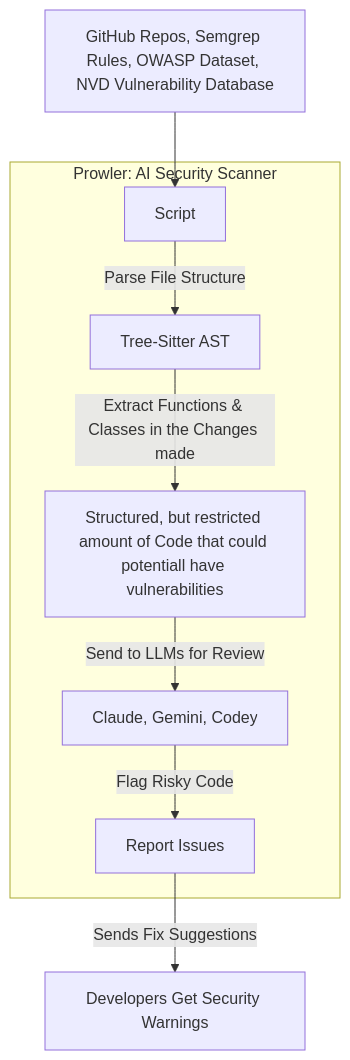
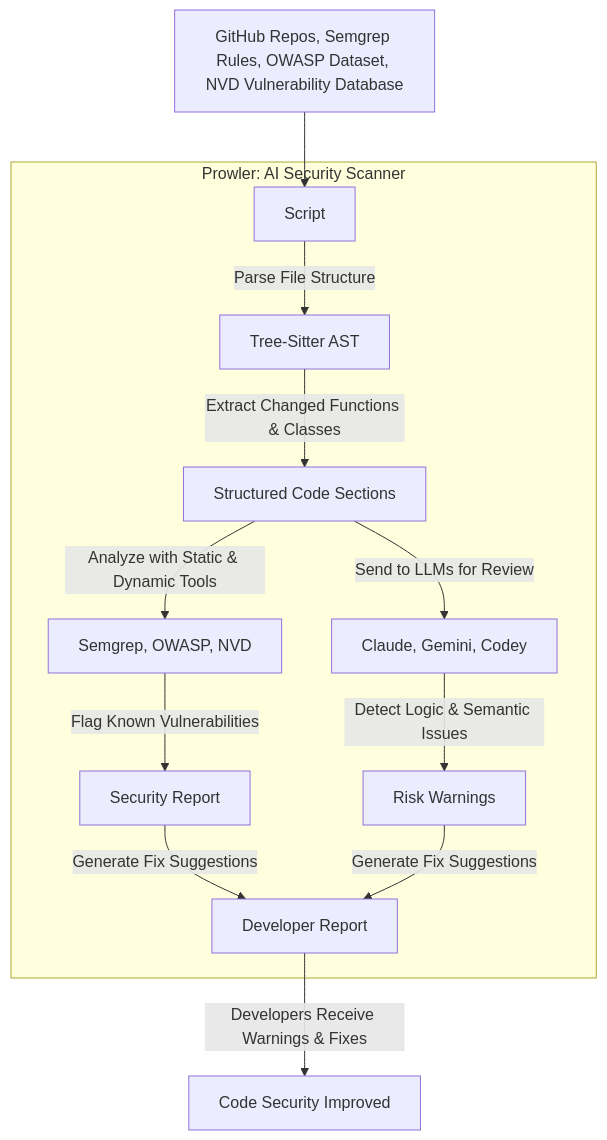
One commit to unfortunatelygeek/percy changed the second of 6 diagrams in README.md. Above: the diagram before and after it, drawn with Mermaid. The commit also changed other lines of this file, not shown here.

Commit message:
chore: fixed up diagrams of individual components to better illustrate the solution.

````diff
--- a/README.md
+++ b/README.md
@@ -34,13 +34,16 @@
 ```mermaid
 graph TD;
     subgraph Prowler: AI Security Scanner
         A1[Script] -->|Parse File Structure| D[Tree-Sitter AST]
-        D -->|Extract Functions & Classes in the Changes made| A2[Structured, but restricted amount of Code that could potentiall have vulnerabilities]
-        A2 -->|Send to LLMs for Review| B[Claude, Gemini, Codey]
-        B -->|Flag Risky Code| C[Report Issues]
+        D -->|Extract Changed Functions & Classes| A2[Structured Code Sections]
+        A2 -->|Analyze with Static & Dynamic Tools| B1[Semgrep, OWASP, NVD]
+        A2 -->|Send to LLMs for Review| B2[Claude, Gemini, Codey]
+        B1 -->|Flag Known Vulnerabilities| C1[Security Report]
+        B2 -->|Detect Logic & Semantic Issues| C2[Risk Warnings]
+        C1 & C2 -->|Generate Fix Suggestions| C3[Developer Report]
     end
 
     Input["GitHub Repos, Semgrep Rules, OWASP Dataset, NVD Vulnerability Database"] --> A1
-    C -->|Sends Fix Suggestions| Output["Developers Get Security Warnings"]
+    C3 -->|Developers Receive Warnings & Fixes| Output["Code Security Improved"]
 
 ```
````
